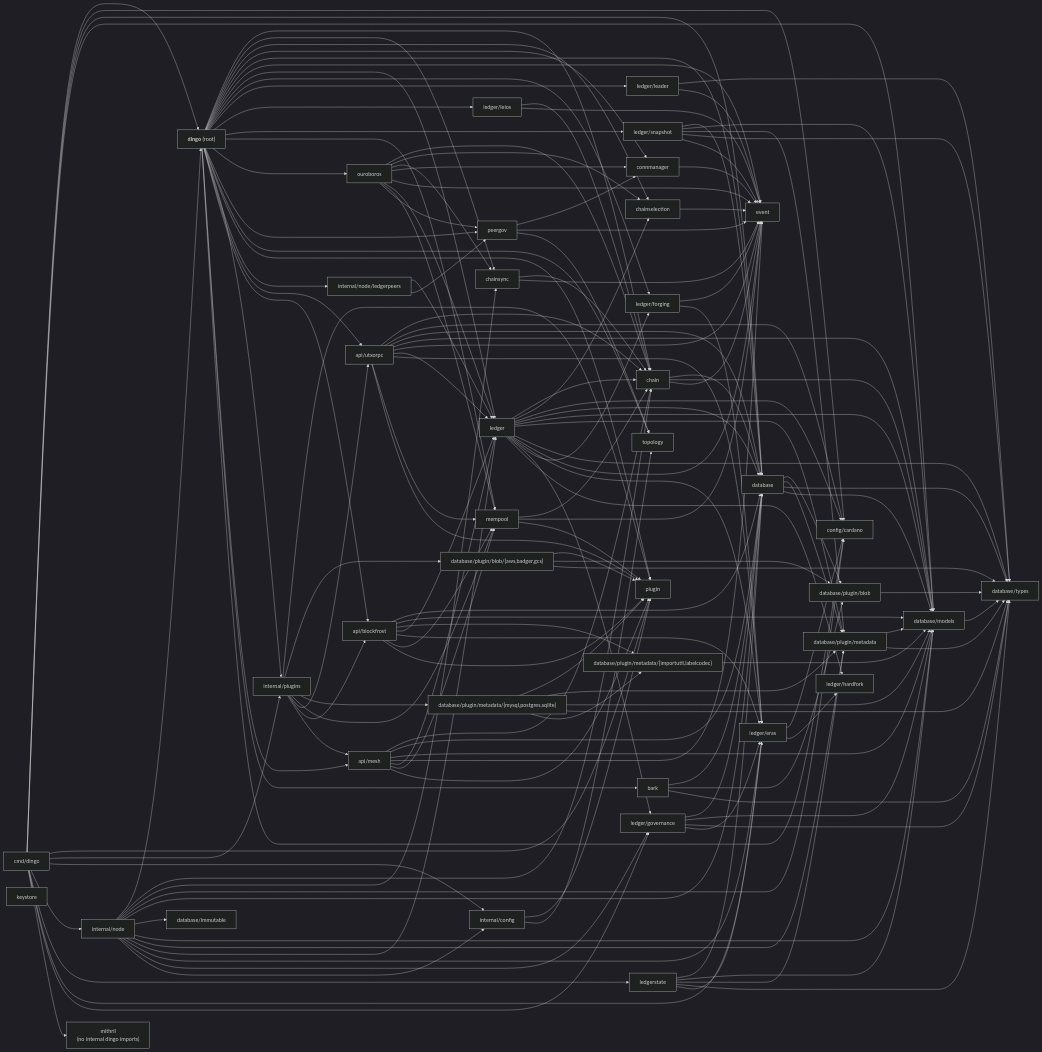
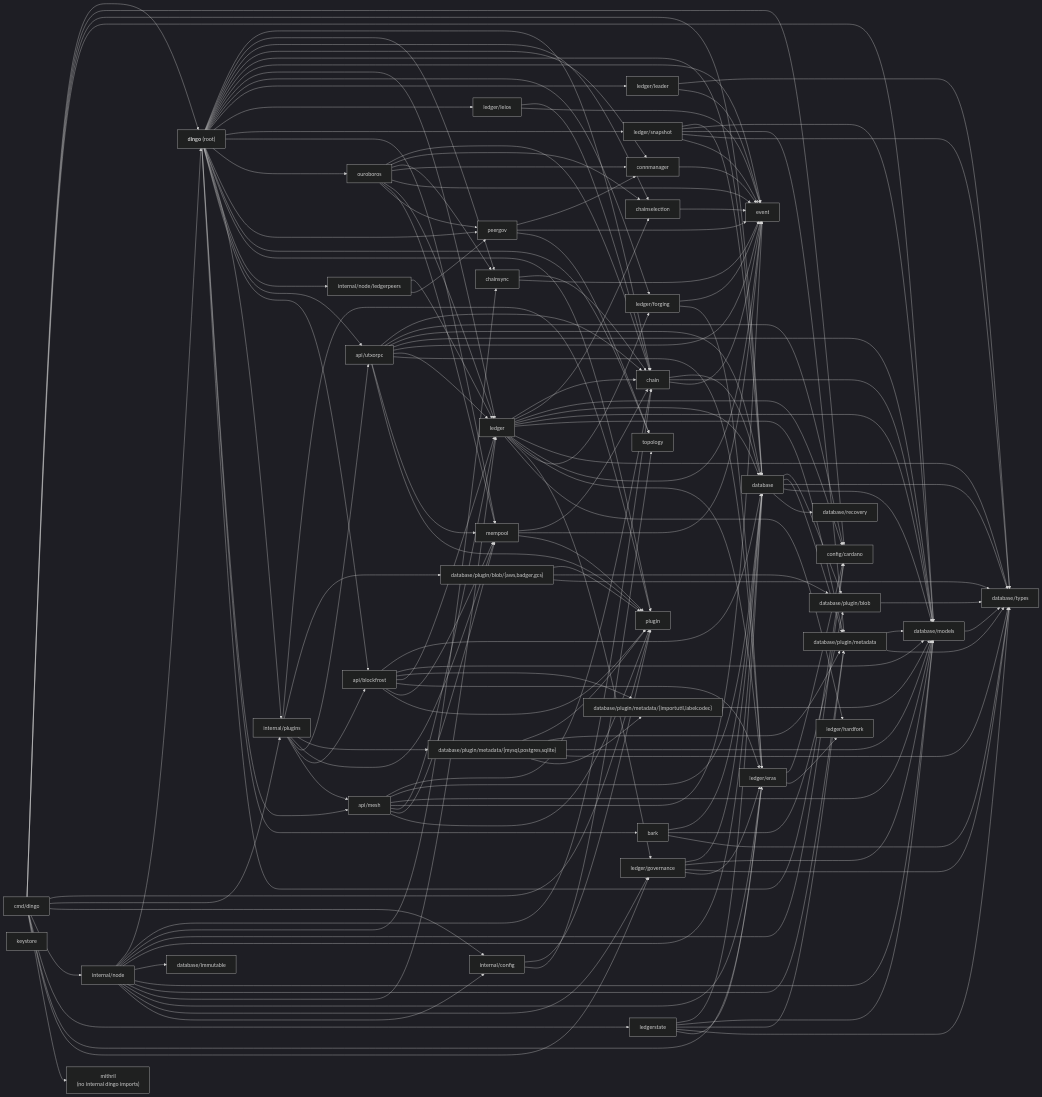
One commit to blinklabs-io/dingo changed the second of 5 diagrams in ARCHITECTURE.md. Above: the diagram before and after it, drawn with Mermaid (dark theme). The commit also changed other lines of this file and 29 other files, not shown here.

Commit message:
feat(database): crash recovery and state consistency (#1898)

```diff
--- a/ARCHITECTURE.md
+++ b/ARCHITECTURE.md
@@ -178,6 +178,7 @@
     db_meta_impl["database/plugin/metadata/{mysql,postgres,sqlite}"]
     db_meta_util["database/plugin/metadata/{importutil,labelcodec}"]
     db_immutable["database/immutable"]
+    db_recovery["database/recovery"]
     cardano_cfg["config/cardano"]
     ev["event"]
     ledger["ledger"]
@@ -236,7 +237,7 @@
 
     mempool --> chain & ev & plugin
 
-    db --> db_blob & db_meta & db_types & db_models
+    db --> db_blob & db_meta & db_types & db_models & db_recovery
     db_blob --> db_types
     db_blob_impl --> plugin & db_blob & db_types
     db_meta --> db_models & db_types
```
